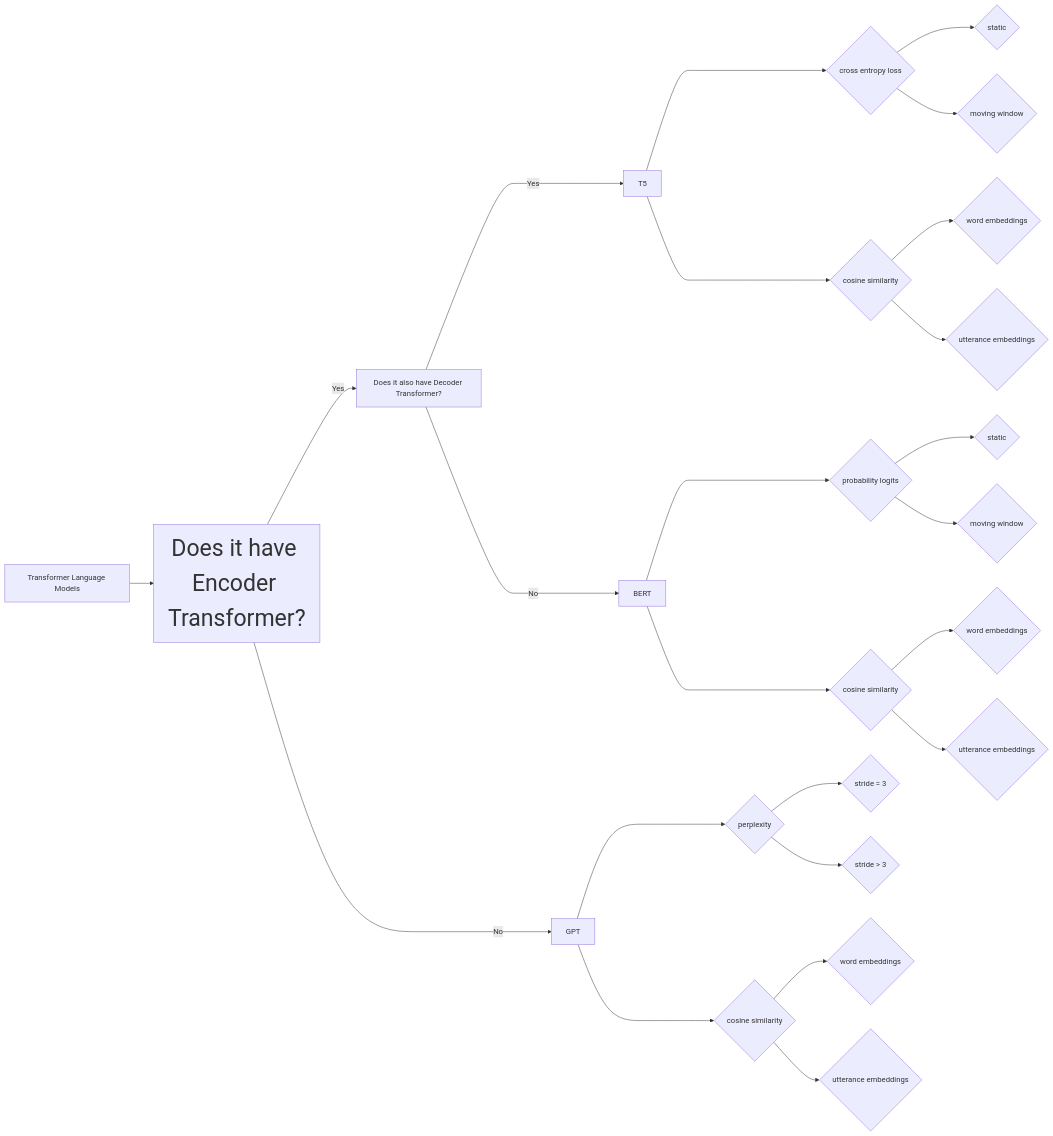
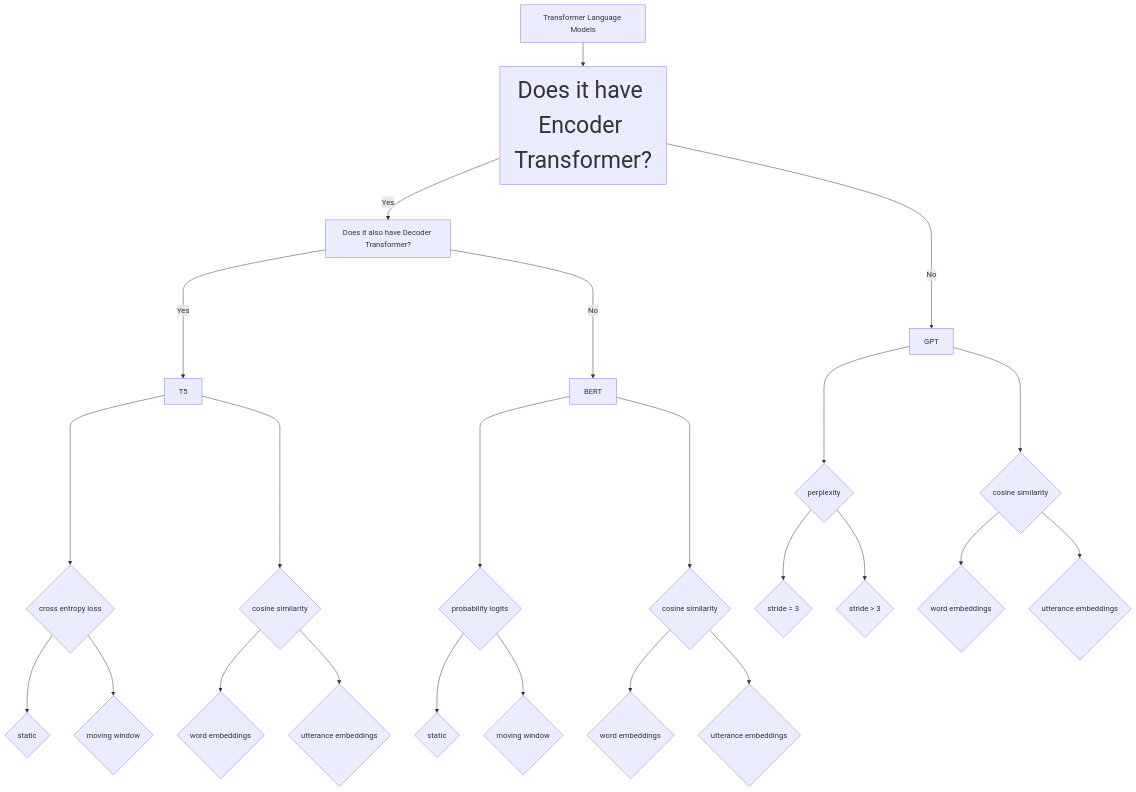
One commit to yancong222/SSD-LM-STanglab changed the diagram in README.md. Above: the diagram before and after it, drawn with Mermaid.

````diff
--- a/README.md
+++ b/README.md
@@ -4,27 +4,29 @@
 ```mermaid
-flowchart LR
-    A[Transformer Language Models] --> B[ <font size=24>Does it have Encoder Transformer? ]
+flowchart TD
+    A[Transformer Language Models] --> B[<font size=24>Does it have Encoder Transformer?]
     B -- Yes --> C[Does it also have Decoder Transformer?]
     C -- Yes ----> D[T5] ----> G{cross entropy loss}
     G --> J{static} 
     G --> K{moving window}
     D ----> P{cosine similarity}
     P --> Q{word embeddings}
     P --> R{utterance embeddings}
     C -- No ----> E[BERT] ----> H{probability logits}
     H --> L{static} 
     H --> M{moving window}
     E ----> S{cosine similarity}
     S --> T{word embeddings}
     S --> U{utterance embeddings}
     B -- No ----> F[GPT] ----> I{perplexity}
     I --> N{stride = 3}
     I --> O{stride > 3}
     F ----> V{cosine similarity}
     V --> W{word embeddings}
     V --> X{utterance embeddings}
     click A "https://github.com/yancong222/scriptscz/blob/main/perplexity/ed_perplexity.py" _blank
     click B "http://www.github.com" "Open this in a new tab" _blank
     click C href "http://www.github.com" _blank
     click D href "http://www.github.com" "Open this in a new tab" _blank
+    
+classDef className fill:#f9f,stroke:#333,stroke-width:4px
 ```
````
